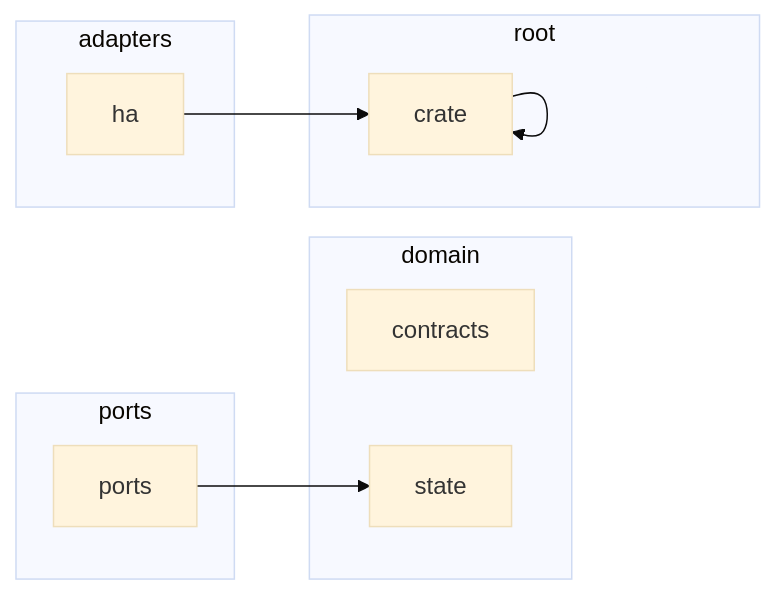
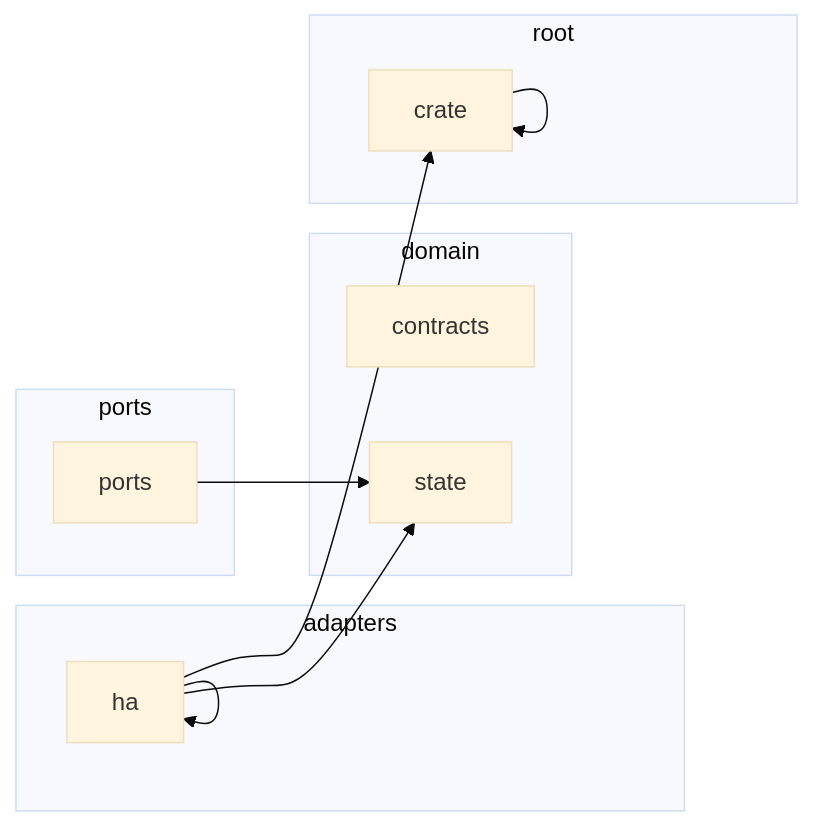
Before and after one commit to louislang/ha-jarvis: the diagram in docs/architecture.md, drawn with Mermaid (base theme).

Commit message:
Update the architecture diagram
CI regenerated docs/architecture.md from main.

````diff
--- a/docs/architecture.md
+++ b/docs/architecture.md
@@ -5,19 +5,21 @@
 ```mermaid
 flowchart LR
     subgraph adapters
         crate_adapters_ha[ha]
     end
     subgraph domain
         crate_domain_contracts[contracts]
         crate_domain_state[state]
     end
     subgraph ports
         crate_ports[ports]
     end
     subgraph root
         crate[crate]
     end
     crate --> crate
     crate_adapters_ha --> crate
+    crate_adapters_ha --> crate_adapters_ha
+    crate_adapters_ha --> crate_domain_state
     crate_ports --> crate_domain_state
 ```
````
